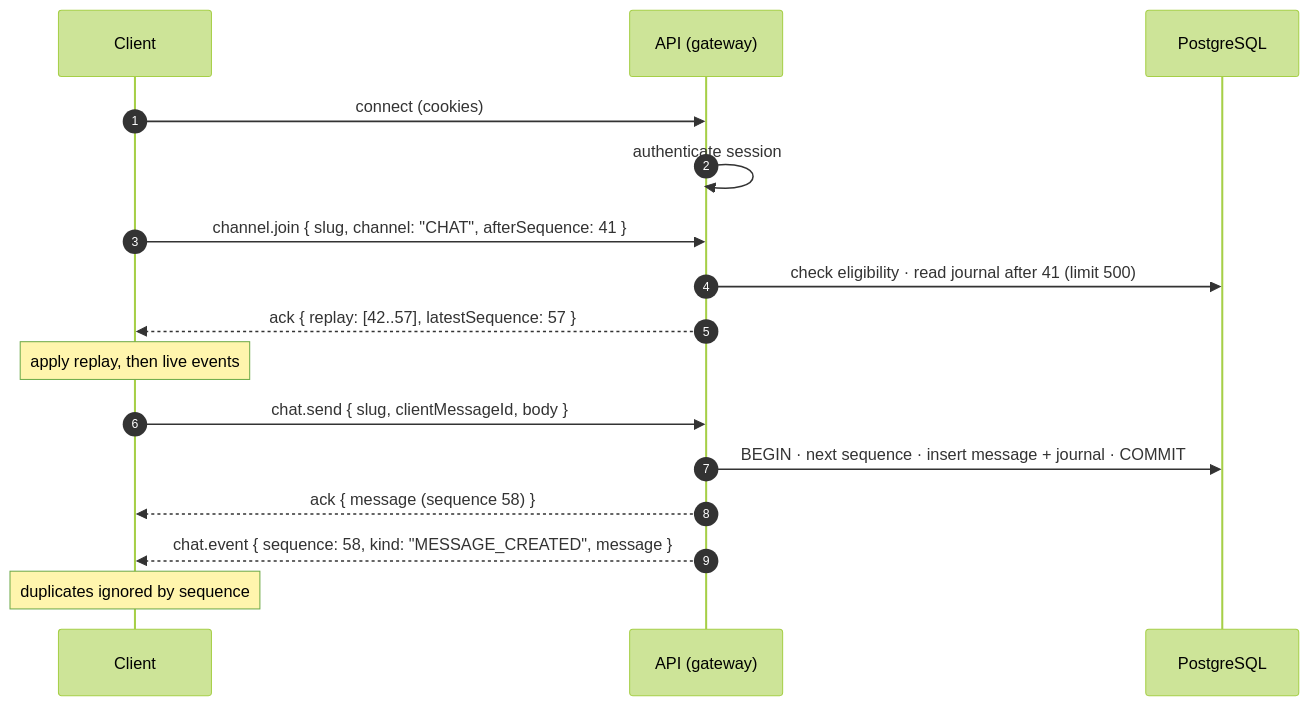
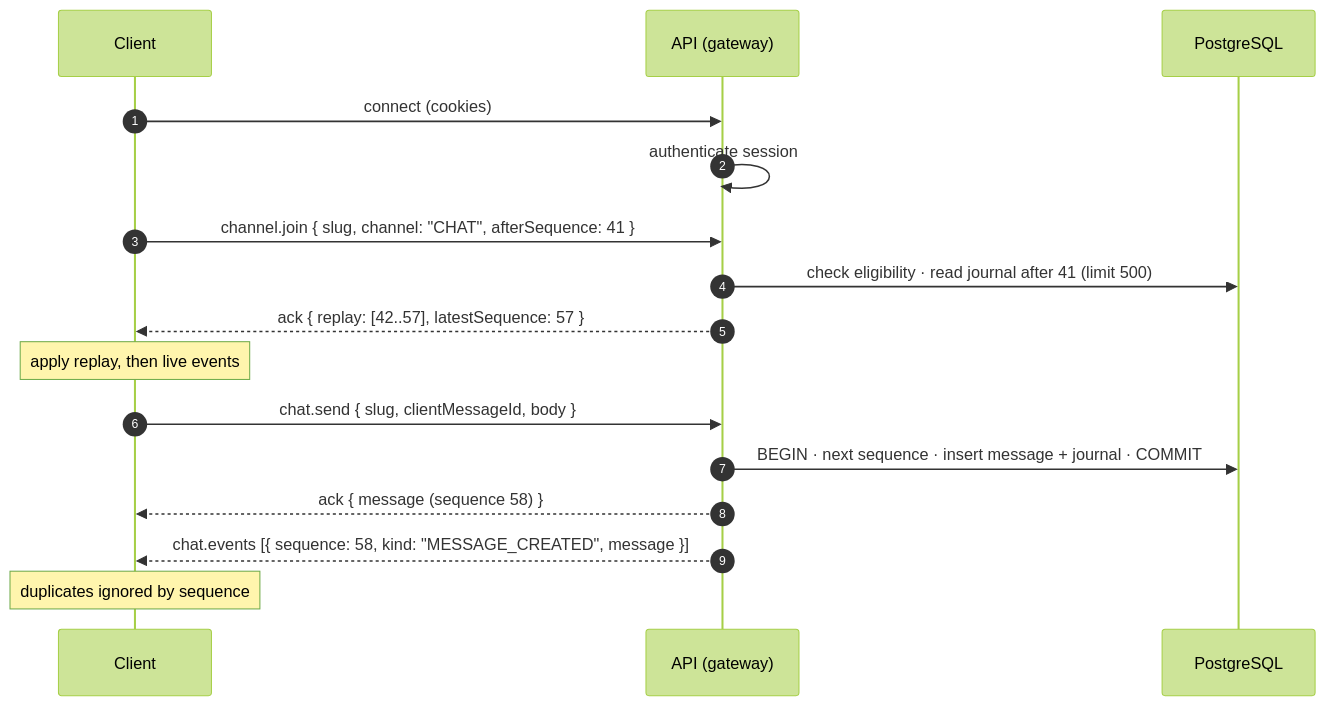
Before and after one commit to zhanru-dev/GoLiveBoard: the diagram in docs/04-api-and-contracts.md, drawn with Mermaid (forest theme). The commit also changed other lines of this file and 11 other files, not shown here.

````diff
--- a/docs/04-api-and-contracts.md
+++ b/docs/04-api-and-contracts.md
@@ -190,18 +190,18 @@
 ```mermaid
 sequenceDiagram
   autonumber
   participant C as Client
   participant S as API (gateway)
   participant D as PostgreSQL
   C->>S: connect (cookies)
   S->>S: authenticate session
   C->>S: channel.join { slug, channel: "CHAT", afterSequence: 41 }
   S->>D: check eligibility · read journal after 41 (limit 500)
   S-->>C: ack { replay: [42..57], latestSequence: 57 }
   Note over C: apply replay, then live events
   C->>S: chat.send { slug, clientMessageId, body }
   S->>D: BEGIN · next sequence · insert message + journal · COMMIT
   S-->>C: ack { message (sequence 58) }
-  S-->>C: chat.event { sequence: 58, kind: "MESSAGE_CREATED", message }
+  S-->>C: chat.events [{ sequence: 58, kind: "MESSAGE_CREATED", message }]
   Note over C: duplicates ignored by sequence
 ```
````
